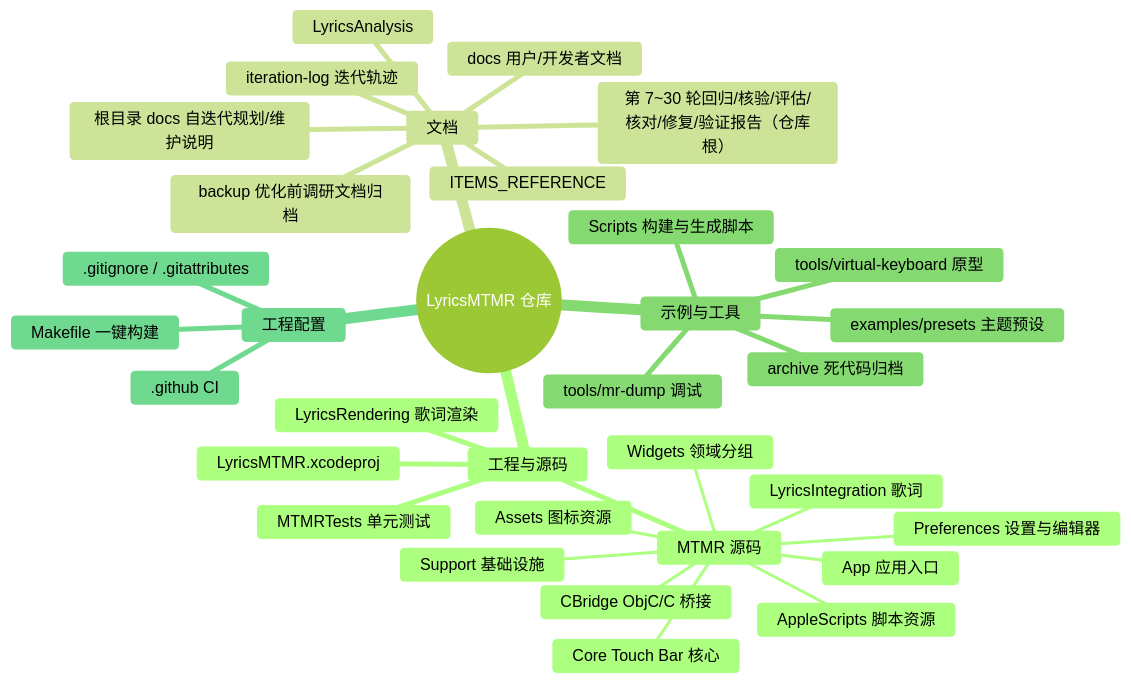
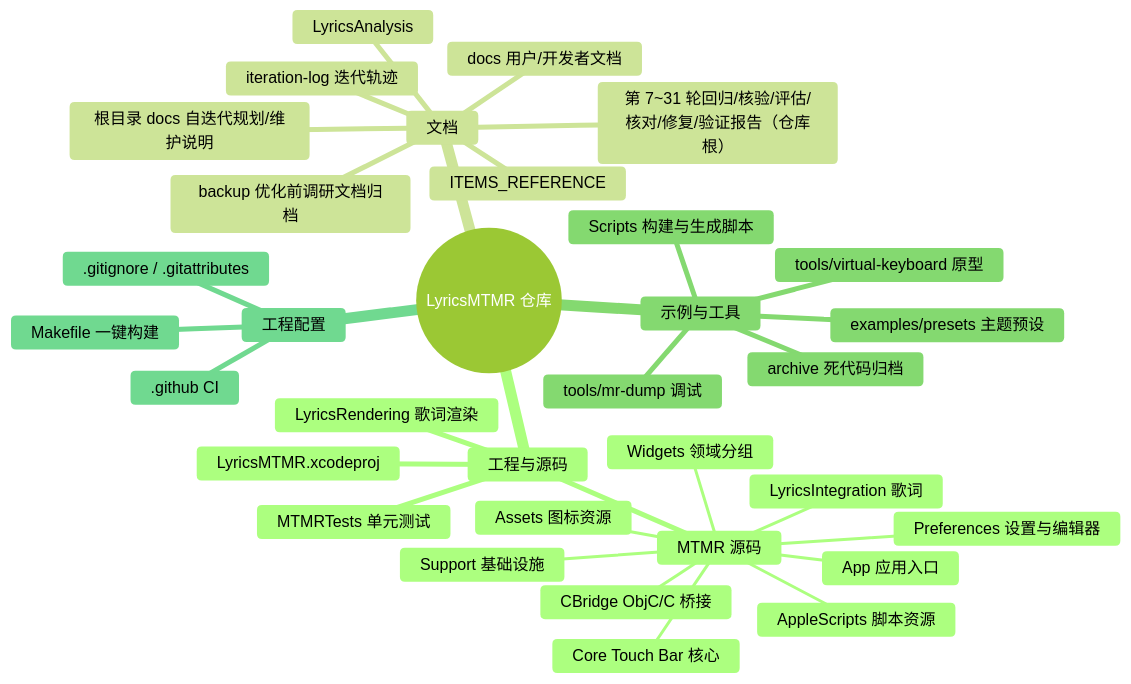
Before and after one commit to Tangzishun-Li/LyricsMTMR: the first of 2 diagrams in LyricsMTMR/docs/file-structure.zh.md, drawn with Mermaid (forest theme). The commit also changed other lines of this file and 3 other files, not shown here.

````diff
--- a/LyricsMTMR/docs/file-structure.zh.md
+++ b/LyricsMTMR/docs/file-structure.zh.md
@@ -10,36 +10,36 @@
 ```mermaid
 mindmap
   root((LyricsMTMR 仓库))
     工程与源码
       LyricsMTMR.xcodeproj
       MTMR 源码
         App 应用入口
         Core Touch Bar 核心
         Support 基础设施
         Widgets 领域分组
         Preferences 设置与编辑器
         LyricsIntegration 歌词
         CBridge ObjC/C 桥接
         AppleScripts 脚本资源
         Assets 图标资源
       LyricsRendering 歌词渲染
       MTMRTests 单元测试
     文档
       docs 用户/开发者文档
       ITEMS_REFERENCE
       LyricsAnalysis
       backup 优化前调研文档归档
       iteration-log 迭代轨迹
       根目录 docs 自迭代规划/维护说明
-      第 7~30 轮回归/核验/评估/核对/修复/验证报告（仓库根）
+      第 7~31 轮回归/核验/评估/核对/修复/验证报告（仓库根）
     示例与工具
       examples/presets 主题预设
       tools/mr-dump 调试
       tools/virtual-keyboard 原型
       Scripts 构建与生成脚本
       archive 死代码归档
     工程配置
       .github CI
       .gitignore / .gitattributes
       Makefile 一键构建
 ```
````
